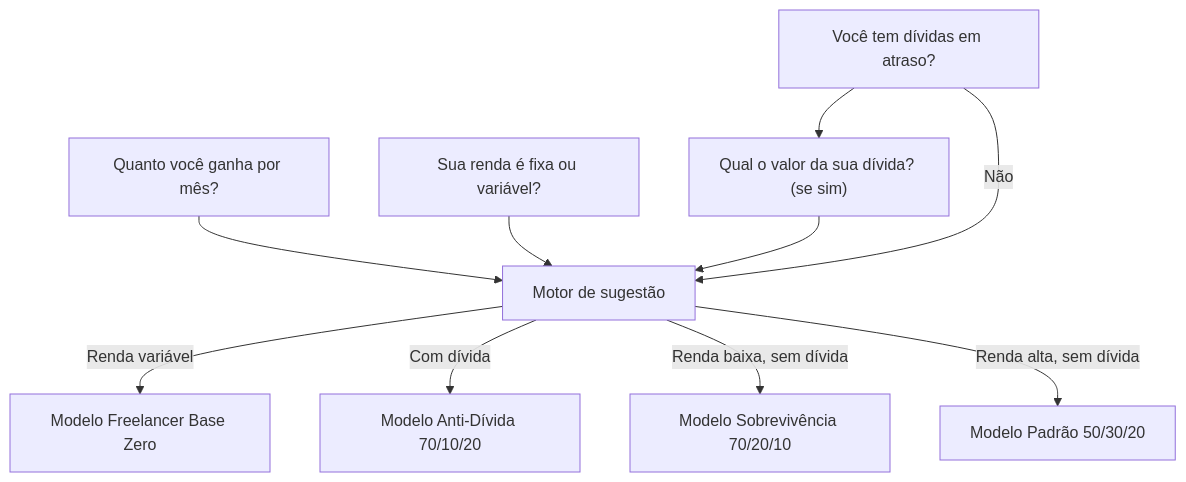
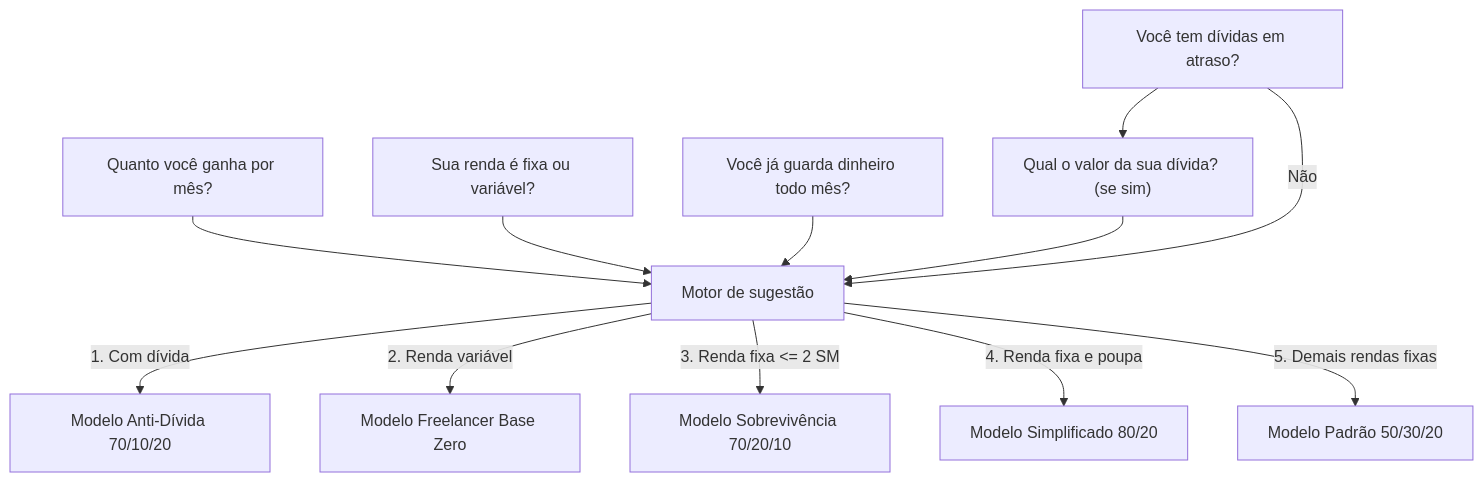
One commit to luizaleblanc/organiza-ai changed the sixth of 6 diagrams in docs/DATA_MODEL.md. Above: the diagram before and after it, drawn with Mermaid. The commit also changed other lines of this file and 5 other files, not shown here.

````diff
--- a/docs/DATA_MODEL.md
+++ b/docs/DATA_MODEL.md
@@ -121,12 +122,14 @@
 ```mermaid
 flowchart TD
     A["Quanto você ganha por mês?"] --> D[Motor de sugestão]
     B["Sua renda é fixa ou variável?"] --> D
     C["Você tem dívidas em atraso?"] --> C2["Qual o valor da sua dívida? (se sim)"]
+    S["Você já guarda dinheiro todo mês?"] --> D
     C2 --> D
     C -->|Não| D
-    D -->|Renda variável| E[Modelo Freelancer Base Zero]
-    D -->|Com dívida| F[Modelo Anti-Dívida 70/10/20]
-    D -->|Renda baixa, sem dívida| G[Modelo Sobrevivência 70/20/10]
-    D -->|Renda alta, sem dívida| H[Modelo Padrão 50/30/20]
+    D -->|1. Com dívida| F[Modelo Anti-Dívida 70/10/20]
+    D -->|2. Renda variável| E[Modelo Freelancer Base Zero]
+    D -->|3. Renda fixa <= 2 SM| G[Modelo Sobrevivência 70/20/10]
+    D -->|4. Renda fixa e poupa| P[Modelo Simplificado 80/20]
+    D -->|5. Demais rendas fixas| H[Modelo Padrão 50/30/20]
 ```
````
